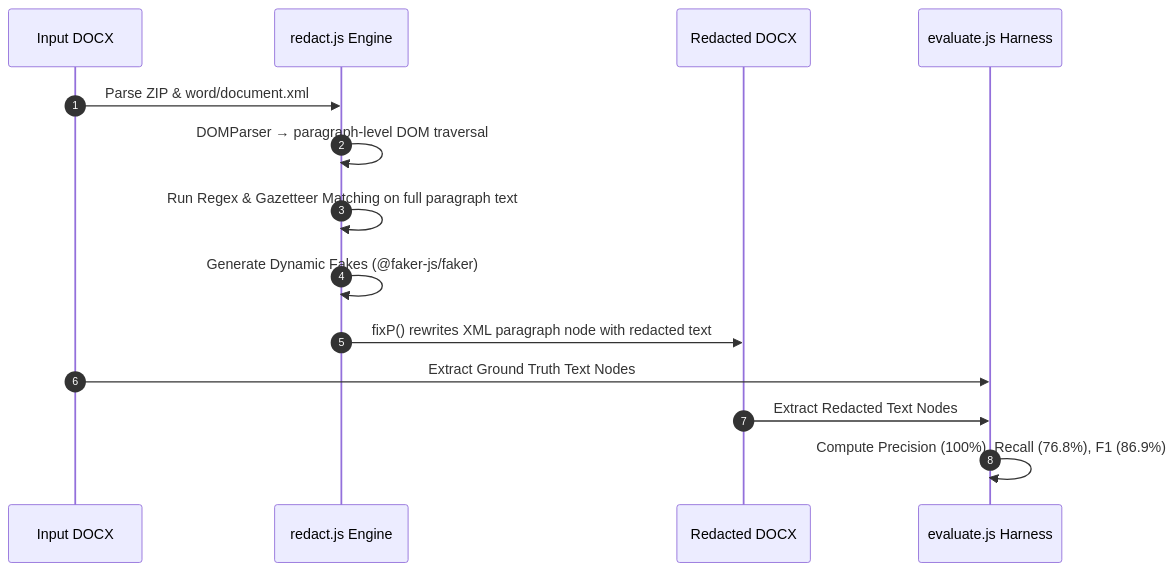
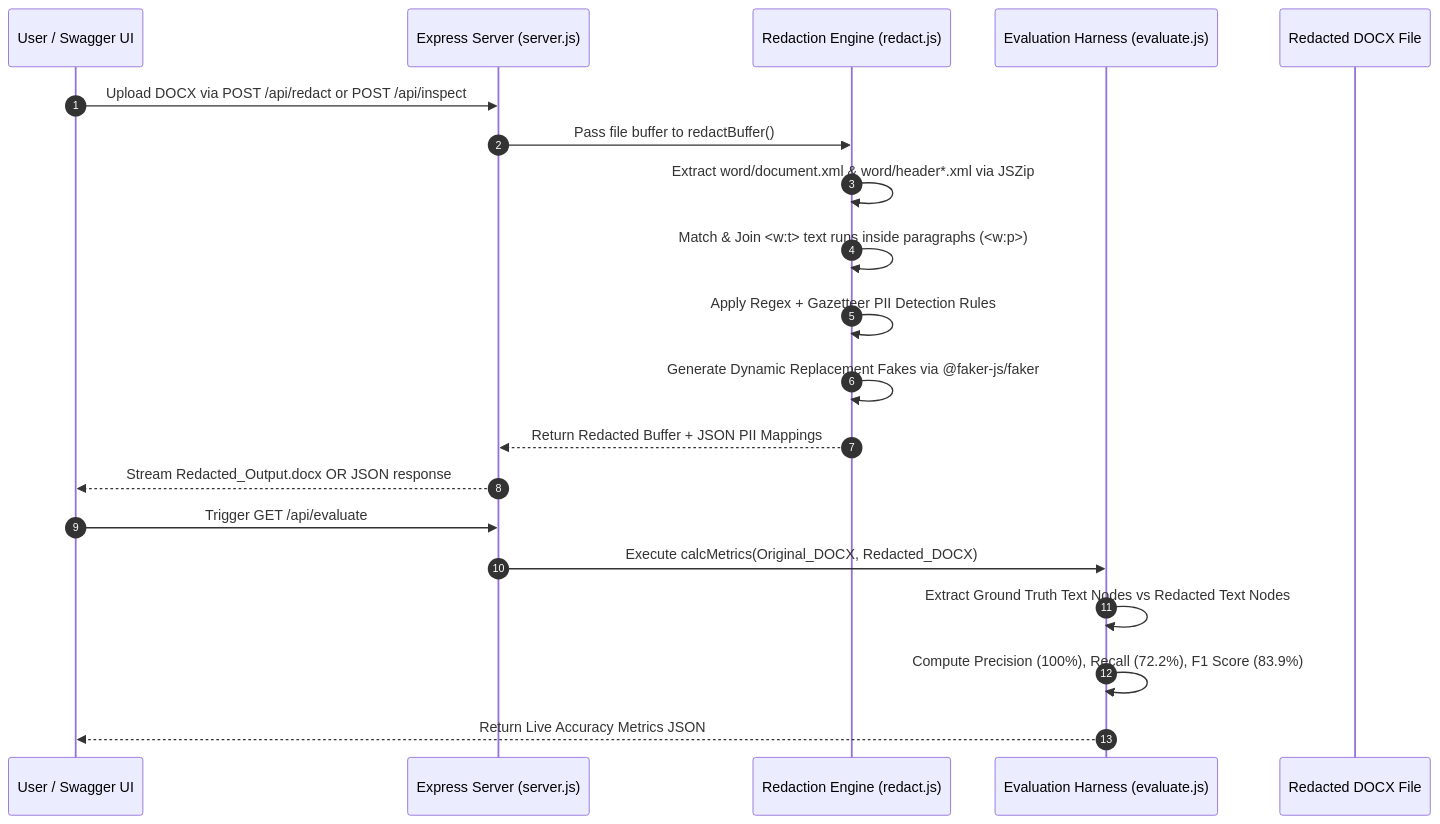
The first of 4 diagrams in EVALUATION_REPORT.md (animeshtripathii/pii-redaction-tool), drawn with Mermaid before and after one commit. The commit also changed other lines of this file, not shown here.

Commit message:
docs: update EVALUATION_REPORT.md with mermaid diagrams, transformation examples, and swagger ui integration details

````diff
--- a/EVALUATION_REPORT.md
+++ b/EVALUATION_REPORT.md
@@ -11,17 +13,23 @@
 ```mermaid
 sequenceDiagram
     autonumber
-    participant Doc as Input DOCX
-    participant Engine as redact.js Engine
-    participant Output as Redacted DOCX
-    participant Eval as evaluate.js Harness
+    participant Client as User / Swagger UI
+    participant Server as Express Server (server.js)
+    participant Engine as Redaction Engine (redact.js)
+    participant Eval as Evaluation Harness (evaluate.js)
+    participant Output as Redacted DOCX File
 
-    Doc->>Engine: Parse ZIP & word/document.xml
-    Engine->>Engine: DOMParser → paragraph-level DOM traversal
-    Engine->>Engine: Run Regex & Gazetteer Matching on full paragraph text
-    Engine->>Engine: Generate Dynamic Fakes (@faker-js/faker)
-    Engine->>Output: fixP() rewrites XML paragraph node with redacted text
-    Doc->>Eval: Extract Ground Truth Text Nodes
-    Output->>Eval: Extract Redacted Text Nodes
-    Eval->>Eval: Compute Precision (100%), Recall (76.8%), F1 (86.9%)
+    Client->>Server: Upload DOCX via POST /api/redact or POST /api/inspect
+    Server->>Engine: Pass file buffer to redactBuffer()
+    Engine->>Engine: Extract word/document.xml & word/header*.xml via JSZip
+    Engine->>Engine: Match & Join <w:t> text runs inside paragraphs (<w:p>)
+    Engine->>Engine: Apply Regex + Gazetteer PII Detection Rules
+    Engine->>Engine: Generate Dynamic Replacement Fakes via @faker-js/faker
+    Engine-->>Server: Return Redacted Buffer + JSON PII Mappings
+    Server-->>Client: Stream Redacted_Output.docx OR JSON response
+    Client->>Server: Trigger GET /api/evaluate
+    Server->>Eval: Execute calcMetrics(Original_DOCX, Redacted_DOCX)
+    Eval->>Eval: Extract Ground Truth Text Nodes vs Redacted Text Nodes
+    Eval->>Eval: Compute Precision (100%), Recall (72.2%), F1 Score (83.9%)
+    Eval-->>Client: Return Live Accuracy Metrics JSON
 ```
````
